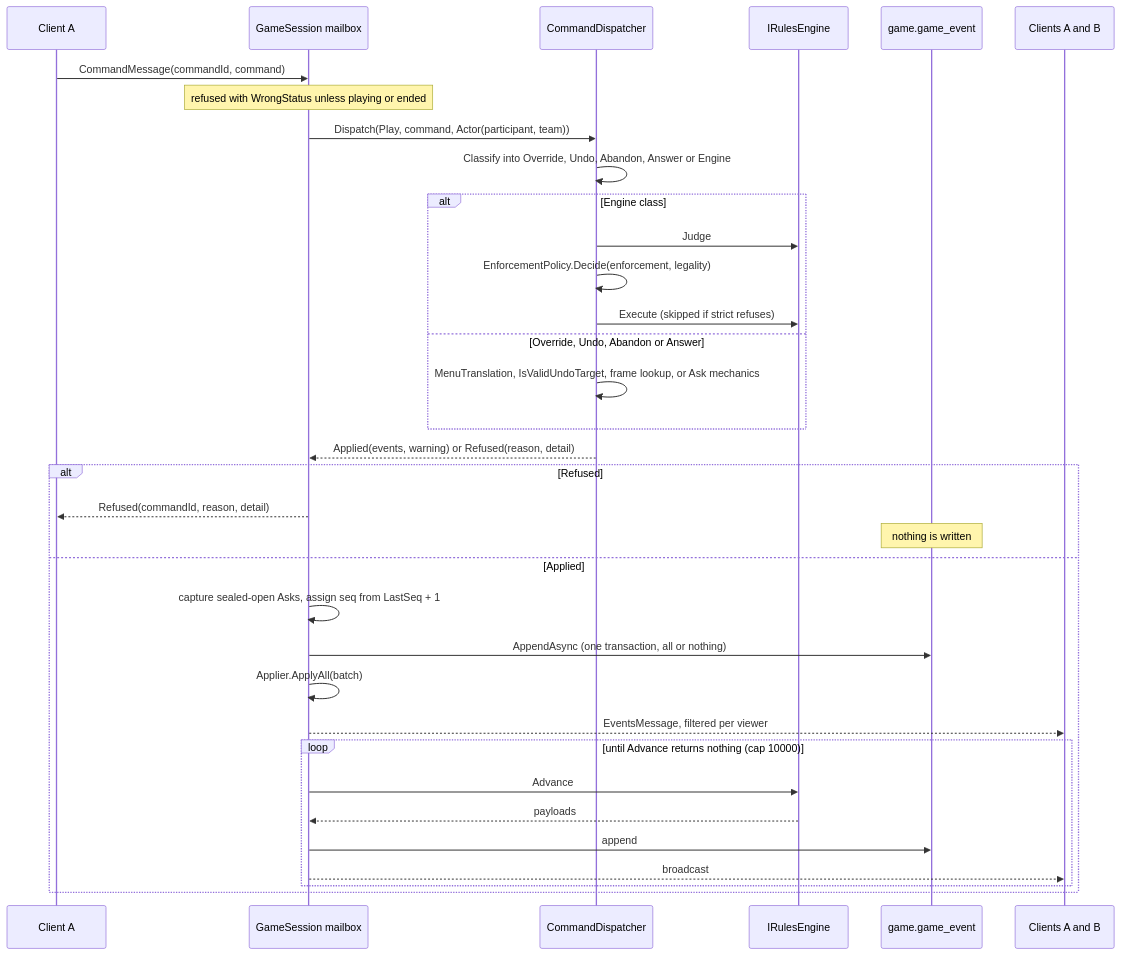
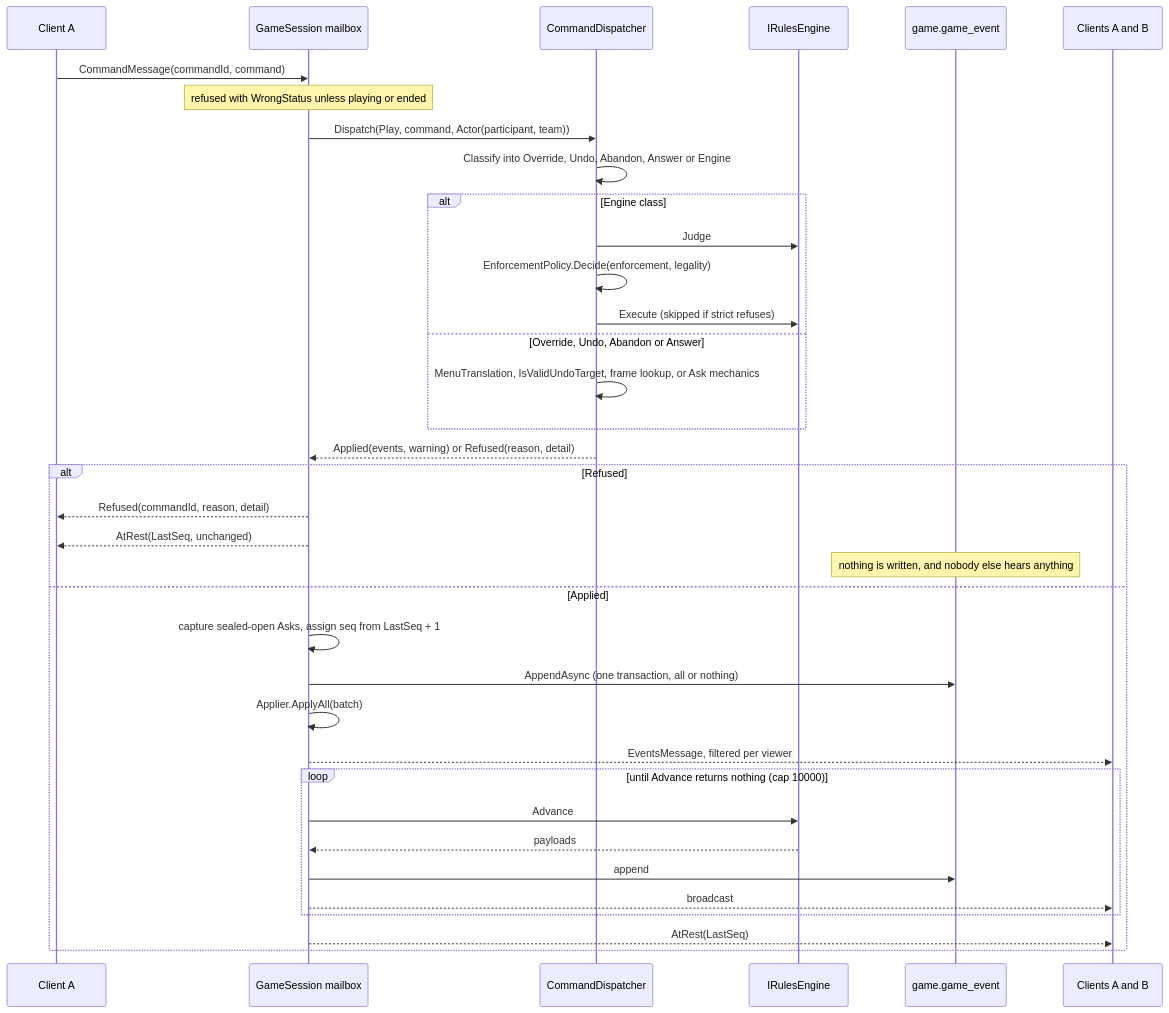
The sixth of 12 diagrams in docs/design/game-server/design.md (cstupi/tabletop), drawn with Mermaid before and after one commit. The commit also changed other lines of this file and 9 other files, not shown here.

````diff
--- a/docs/design/game-server/design.md
+++ b/docs/design/game-server/design.md
@@ -745,37 +805,39 @@
 ```mermaid
 sequenceDiagram
     participant A as Client A
     participant S as GameSession mailbox
     participant D as CommandDispatcher
     participant E as IRulesEngine
     participant L as game.game_event
     participant B as Clients A and B
 
     A->>S: CommandMessage(commandId, command)
     Note over S: refused with WrongStatus unless playing or ended
     S->>D: Dispatch(Play, command, Actor(participant, team))
     D->>D: Classify into Override, Undo, Abandon, Answer or Engine
     alt Engine class
         D->>E: Judge
         D->>D: EnforcementPolicy.Decide(enforcement, legality)
         D->>E: Execute (skipped if strict refuses)
     else Override, Undo, Abandon or Answer
         D->>D: MenuTranslation, IsValidUndoTarget, frame lookup, or Ask mechanics
     end
     D-->>S: Applied(events, warning) or Refused(reason, detail)
     alt Refused
         S-->>A: Refused(commandId, reason, detail)
-        Note over L: nothing is written
+        S-->>A: AtRest(LastSeq, unchanged)
+        Note over L: nothing is written, and nobody else hears anything
     else Applied
         S->>S: capture sealed-open Asks, assign seq from LastSeq + 1
         S->>L: AppendAsync (one transaction, all or nothing)
         S->>S: Applier.ApplyAll(batch)
         S-->>B: EventsMessage, filtered per viewer
         loop until Advance returns nothing (cap 10000)
             S->>E: Advance
             E-->>S: payloads
             S->>L: append
             S-->>B: broadcast
         end
+        S-->>B: AtRest(LastSeq)
     end
 ```
````
